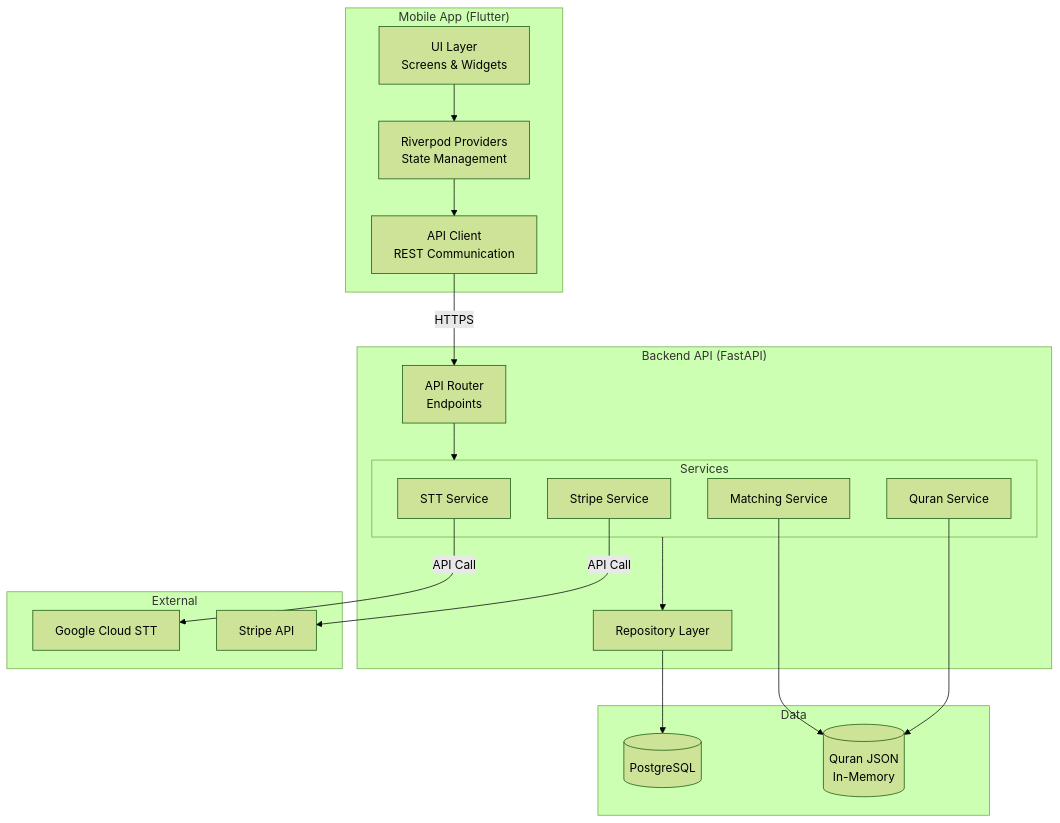
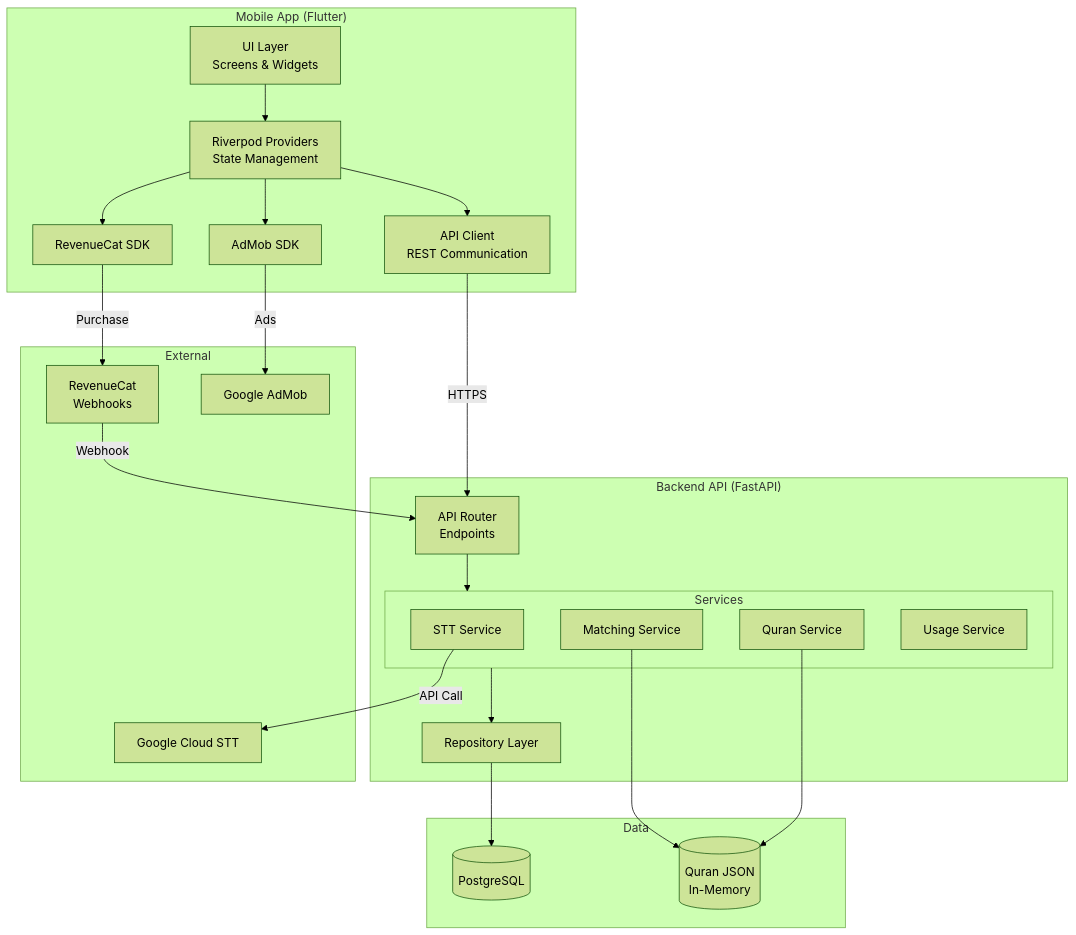
The diagram in docs/architecture/backend/components.md (sudo-bcube/lawh), drawn with Mermaid (forest theme) before and after one commit. The commit also changed other lines of this file and 9 other files, not shown here.

````diff
--- a/docs/architecture/backend/components.md
+++ b/docs/architecture/backend/components.md
@@ -71,42 +76,49 @@
 ```mermaid
 graph TB
     subgraph "Mobile App (Flutter)"
         UI[UI Layer<br/>Screens & Widgets]
         Providers[Riverpod Providers<br/>State Management]
         API_Client[API Client<br/>REST Communication]
+        RC_SDK[RevenueCat SDK]
+        AdMob_SDK[AdMob SDK]
     end
 
     subgraph "Backend API (FastAPI)"
         Router[API Router<br/>Endpoints]
         Services[Service Layer]
         Repos[Repository Layer]
 
         subgraph "Services"
             STT[STT Service]
             Match[Matching Service]
             Quran[Quran Service]
-            Pay[Stripe Service]
+            Usage[Usage Service]
         end
     end
 
     subgraph "External"
         Google[Google Cloud STT]
-        Stripe[Stripe API]
+        RevenueCat[RevenueCat<br/>Webhooks]
+        AdMob[Google AdMob]
     end
 
     subgraph "Data"
         PG[(PostgreSQL)]
         JSON[(Quran JSON<br/>In-Memory)]
     end
 
     UI --> Providers
     Providers --> API_Client
+    Providers --> RC_SDK
+    Providers --> AdMob_SDK
     API_Client -->|HTTPS| Router
+    RC_SDK -->|Purchase| RevenueCat
+    AdMob_SDK -->|Ads| AdMob
+    RevenueCat -->|Webhook| Router
     Router --> Services
     Services --> Repos
     STT -->|API Call| Google
-    Pay -->|API Call| Stripe
     Match --> JSON
     Quran --> JSON
     Repos --> PG
 ```
````
